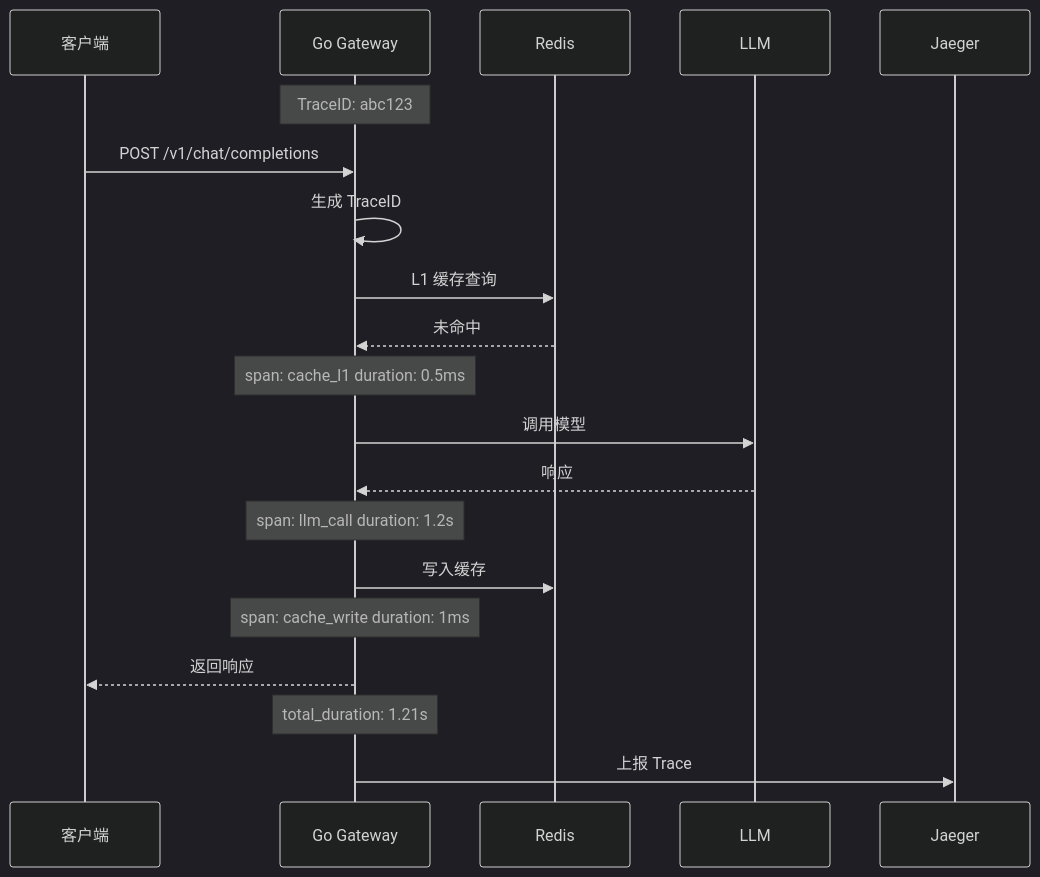
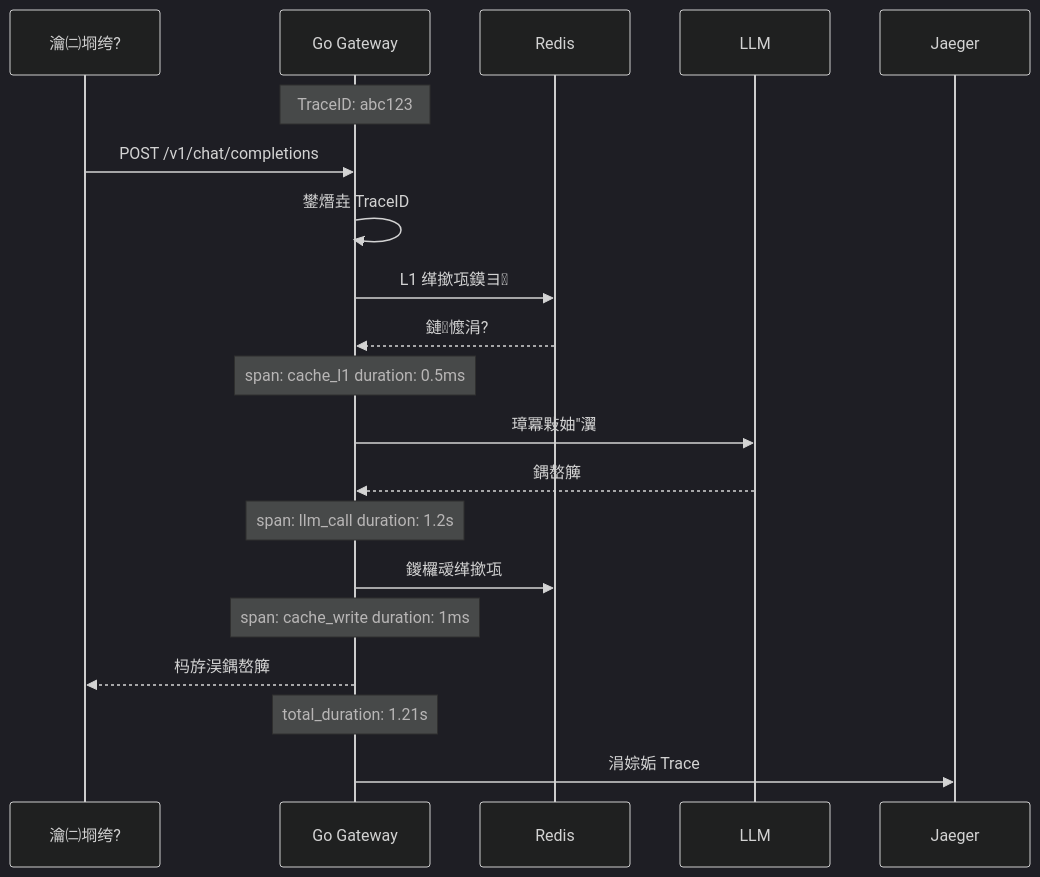
Before and after one commit to Oxidaner/High-Performance-LLM-Gateway: the fourth of 14 diagrams in docs/SPEC.md, drawn with Mermaid (dark theme). The commit also changed other lines of this file and 55 other files, not shown here.

````diff
--- a/docs/SPEC.md
+++ b/docs/SPEC.md
@@ -283,27 +287,27 @@
 ```mermaid
 sequenceDiagram
-    participant Client as 客户端
+    participant Client as 瀹㈡埛绔?
     participant Gateway as Go Gateway
     participant Redis as Redis
     participant LLM as LLM
 
     Note over Gateway: TraceID: abc123
     Client->>Gateway: POST /v1/chat/completions
-    Gateway->>Gateway: 生成 TraceID
+    Gateway->>Gateway: 鐢熸垚 TraceID
 
-    Gateway->>Redis: L1 缓存查询
-    Redis-->>Gateway: 未命中
+    Gateway->>Redis: L1 缂撳瓨鏌ヨ
+    Redis-->>Gateway: 鏈懡涓?
     Note over Gateway: span: cache_l1 duration: 0.5ms
 
-    Gateway->>LLM: 调用模型
-    LLM-->>Gateway: 响应
+    Gateway->>LLM: 璋冪敤妯″瀷
+    LLM-->>Gateway: 鍝嶅簲
     Note over Gateway: span: llm_call duration: 1.2s
 
-    Gateway->>Redis: 写入缓存
+    Gateway->>Redis: 鍐欏叆缂撳瓨
     Note over Gateway: span: cache_write duration: 1ms
 
-    Gateway-->>Client: 返回响应
+    Gateway-->>Client: 杩斿洖鍝嶅簲
     Note over Gateway: total_duration: 1.21s
 
-    Gateway->>Jaeger: 上报 Trace
+    Gateway->>Jaeger: 涓婃姤 Trace
 ```
````
